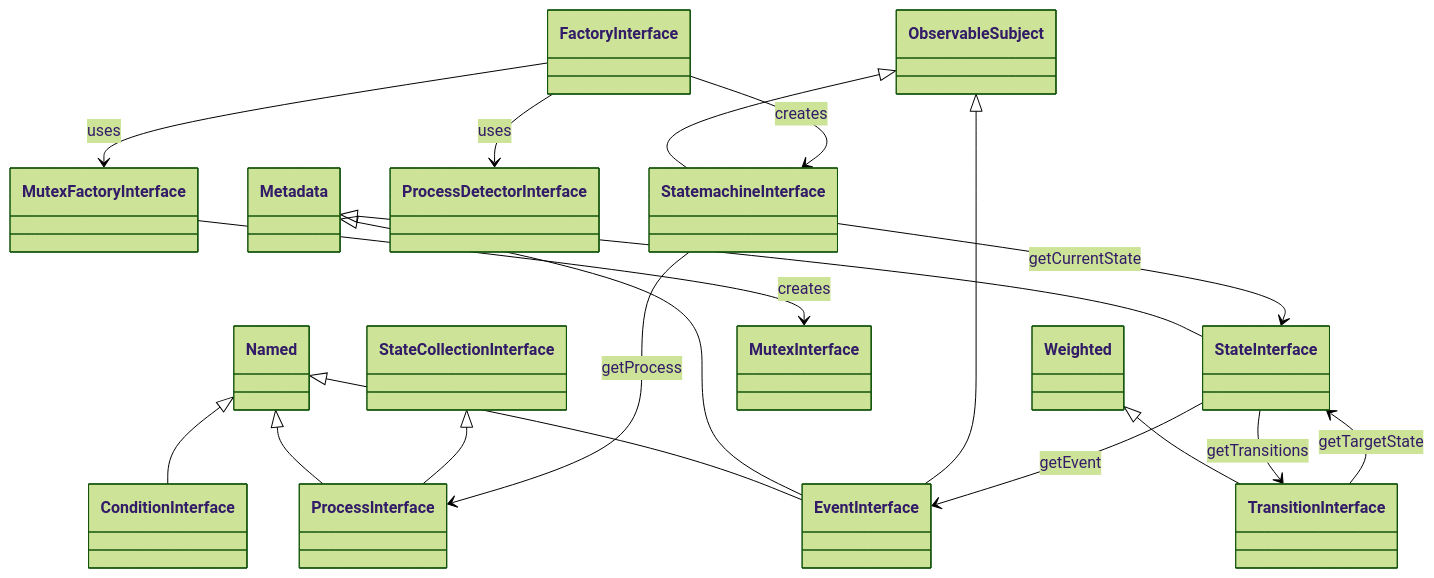
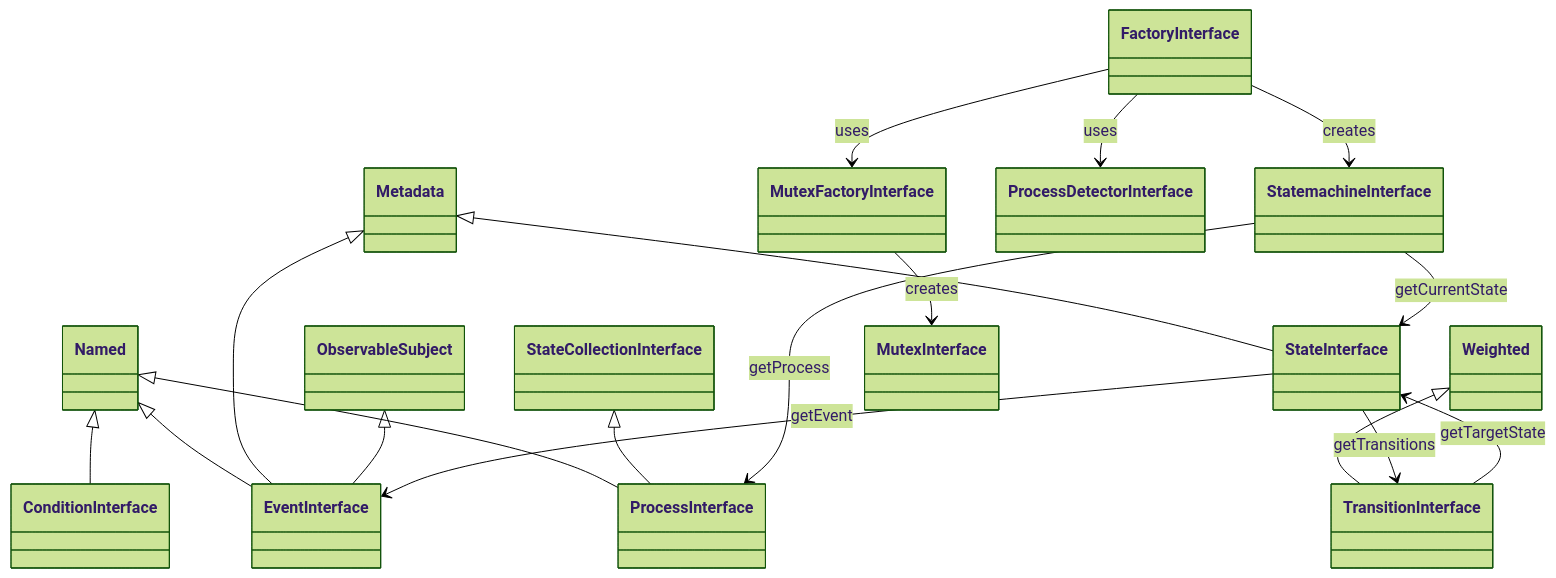
Before and after one commit to camcima/finita: the diagram in docs/interfaces.md, drawn with Mermaid (forest theme). The commit also changed other lines of this file and 12 other files, not shown here.

````diff
--- a/docs/interfaces.md
+++ b/docs/interfaces.md
@@ -7,26 +7,25 @@
 ```mermaid
 classDiagram
     direction TB
 
     Named <|-- EventInterface
     Named <|-- ConditionInterface
     Named <|-- ProcessInterface
     Metadata <|-- EventInterface
     Metadata <|-- StateInterface
     Weighted <|-- TransitionInterface
     ObservableSubject <|-- EventInterface
-    ObservableSubject <|-- StatemachineInterface
 
     StateCollectionInterface <|-- ProcessInterface
 
     StateInterface --> TransitionInterface : getTransitions
     StateInterface --> EventInterface : getEvent
     TransitionInterface --> StateInterface : getTargetState
     StatemachineInterface --> ProcessInterface : getProcess
     StatemachineInterface --> StateInterface : getCurrentState
 
     FactoryInterface --> StatemachineInterface : creates
     FactoryInterface --> ProcessDetectorInterface : uses
     FactoryInterface --> MutexFactoryInterface : uses
     MutexFactoryInterface --> MutexInterface : creates
 ```
````
